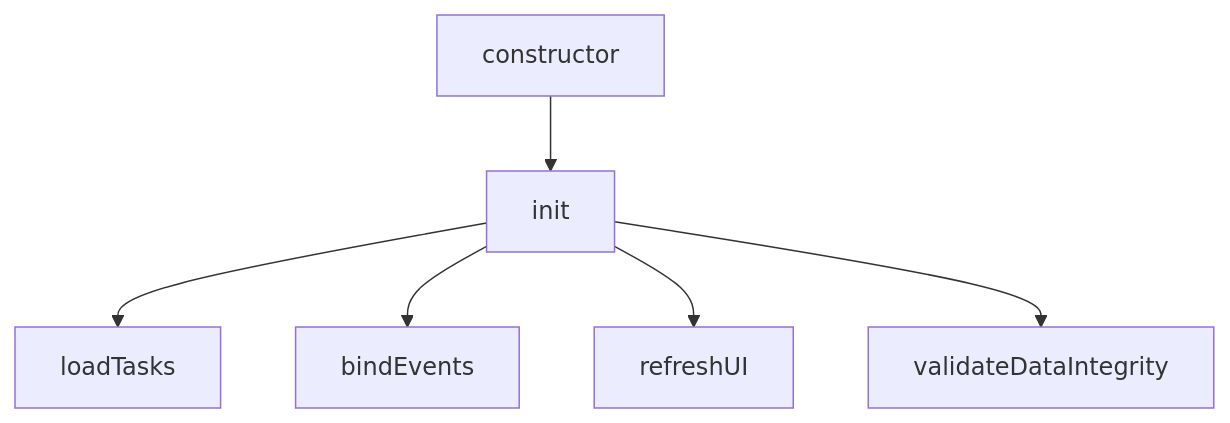
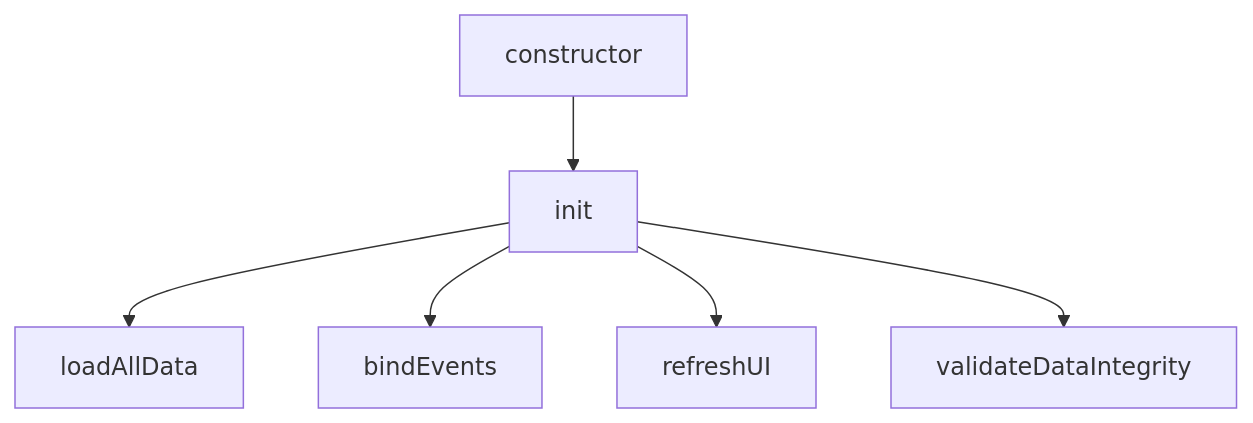
Before and after one commit to hamburger1984/do-this.today: the second of 6 diagrams in docs/method-call-graph.md, drawn with Mermaid. The commit also changed other lines of this file, not shown here.

First line of the commit message:
Fix remaining old method references in method-call-graph.md

````diff
--- a/docs/method-call-graph.md
+++ b/docs/method-call-graph.md
@@ -38,8 +38,8 @@
 ```mermaid
 graph TD
     A[constructor] --> B[init]
-    B --> C[loadTasks]
+    B --> C[loadAllData]
     B --> D[bindEvents]
     B --> E[refreshUI]
     B --> F[validateDataIntegrity]
 ```
````
